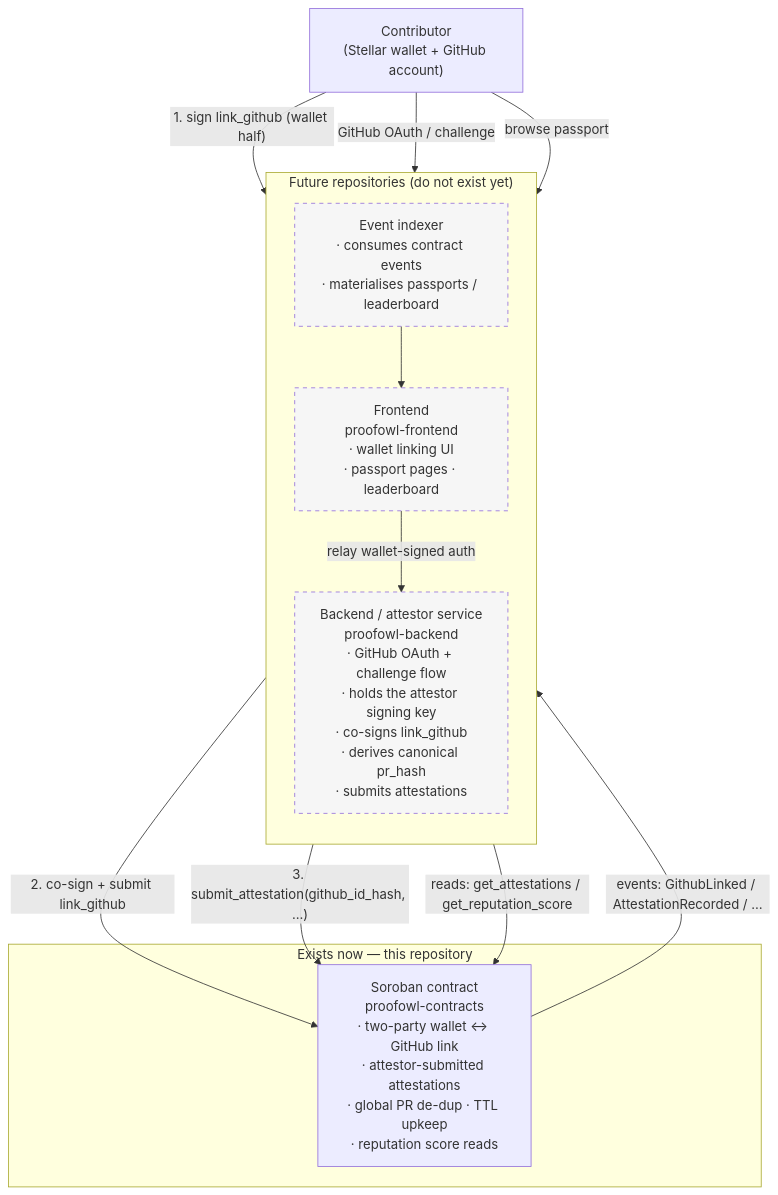
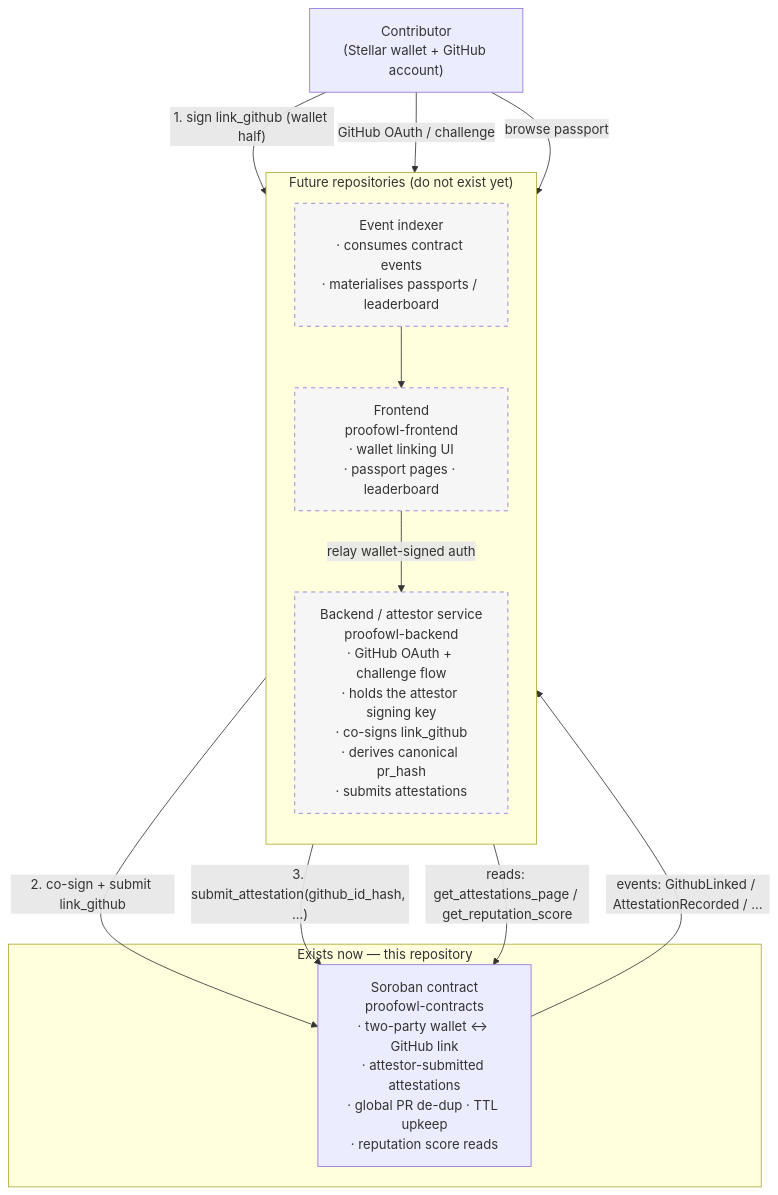
One commit to Proofowl/proofowl-contracts changed the diagram in docs/architecture.md. Above: the diagram before and after it, drawn with Mermaid. The commit also changed other lines of this file and 26 other files, not shown here.

````diff
--- a/docs/architecture.md
+++ b/docs/architecture.md
@@ -7,28 +7,28 @@
 ```mermaid
 flowchart TB
     subgraph exists["Exists now — this repository"]
         contract["Soroban contract<br/>proofowl-contracts<br/>· two-party wallet ↔ GitHub link<br/>· attestor-submitted attestations<br/>· global PR de-dup · TTL upkeep<br/>· reputation score reads"]
     end
 
     subgraph future["Future repositories (do not exist yet)"]
         direction TB
         backend["Backend / attestor service<br/>proofowl-backend<br/>· GitHub OAuth + challenge flow<br/>· holds the attestor signing key<br/>· co-signs link_github<br/>· derives canonical pr_hash<br/>· submits attestations"]:::planned
         indexer["Event indexer<br/>· consumes contract events<br/>· materialises passports / leaderboard"]:::planned
         frontend["Frontend<br/>proofowl-frontend<br/>· wallet linking UI<br/>· passport pages · leaderboard"]:::planned
     end
 
     dev["Contributor<br/>(Stellar wallet + GitHub account)"]
 
     dev -- "1. sign link_github (wallet half)" --> frontend
     dev -- "GitHub OAuth / challenge" --> backend
     frontend -- "relay wallet-signed auth" --> backend
     backend -- "2. co-sign + submit link_github" --> contract
     backend -- "3. submit_attestation(github_id_hash, …)" --> contract
     contract -- "events: GithubLinked / AttestationRecorded / …" --> indexer
     indexer --> frontend
-    frontend -- "reads: get_attestations / get_reputation_score" --> contract
+    frontend -- "reads: get_attestations_page / get_reputation_score" --> contract
     dev -- "browse passport" --> frontend
 
     classDef planned stroke-dasharray:5 5,fill:#f6f6f6,color:#333;
     class backend,indexer,frontend planned;
 ```
````
